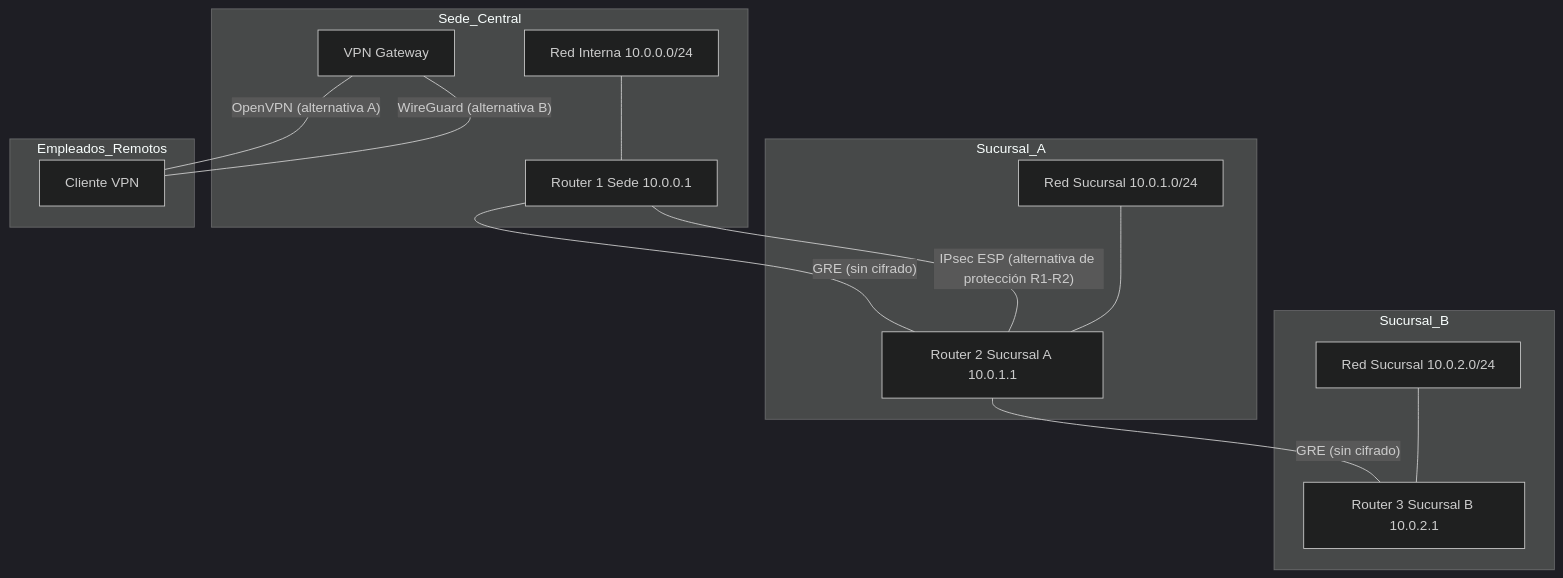
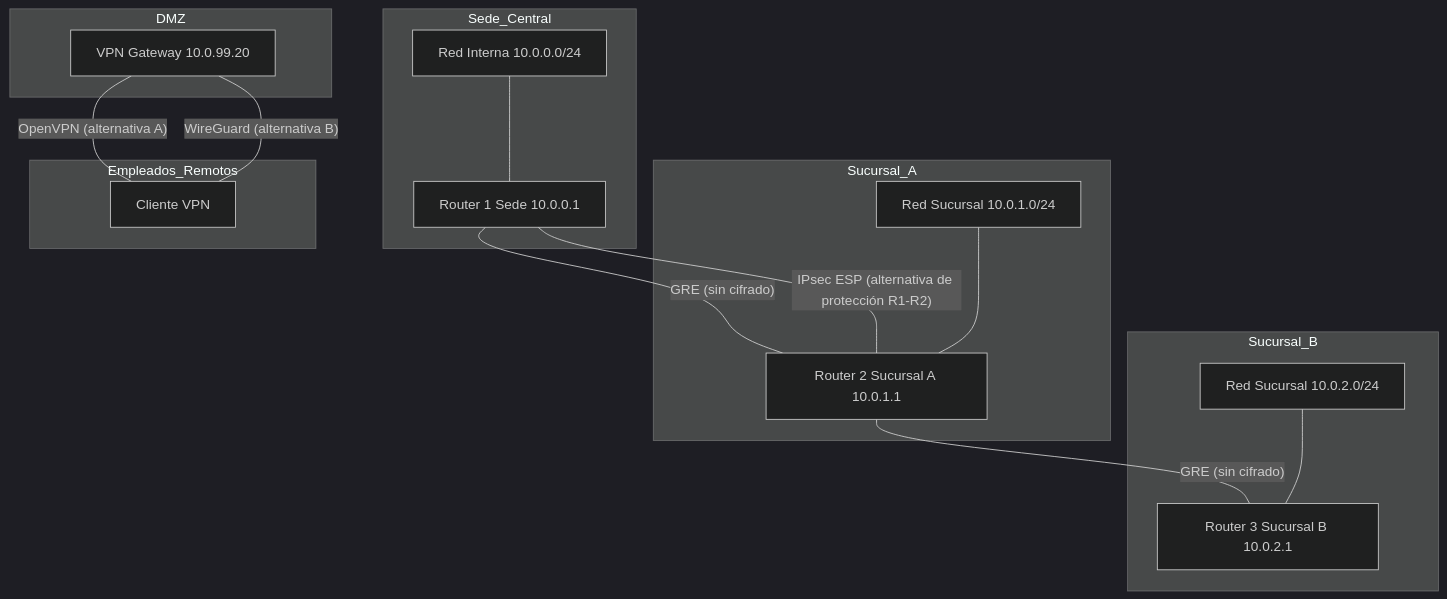
One commit to asideloko/Networking-Lab changed the diagram in docs/labs/lab-09/index.md. Above: the diagram before and after it, drawn with Mermaid (dark theme). The commit also changed other lines of this file and 15 other files, not shown here.

````diff
--- a/docs/labs/lab-09/index.md
+++ b/docs/labs/lab-09/index.md
@@ -57,27 +57,29 @@
 ```mermaid
 graph TB
     subgraph Sede_Central
         R1[Router 1 Sede 10.0.0.1]
         LAN1[Red Interna 10.0.0.0/24]
-        VPN_GW[VPN Gateway]
+    end
+    subgraph DMZ
+        VPN_GW[VPN Gateway 10.0.99.20]
     end
     subgraph Sucursal_A
         R2[Router 2 Sucursal A 10.0.1.1]
         LAN2[Red Sucursal 10.0.1.0/24]
     end
     subgraph Sucursal_B
         R3[Router 3 Sucursal B 10.0.2.1]
         LAN3[Red Sucursal 10.0.2.0/24]
     end
     subgraph Empleados_Remotos
         CLIENTE[Cliente VPN]
     end
     R1 ---|"GRE (sin cifrado)"| R2
     R2 ---|"GRE (sin cifrado)"| R3
     R1 ---|"IPsec ESP (alternativa de protección R1-R2)"| R2
     VPN_GW ---|"OpenVPN (alternativa A)"| CLIENTE
     VPN_GW ---|"WireGuard (alternativa B)"| CLIENTE
     LAN1 --- R1
     LAN2 --- R2
     LAN3 --- R3
 ```
````
